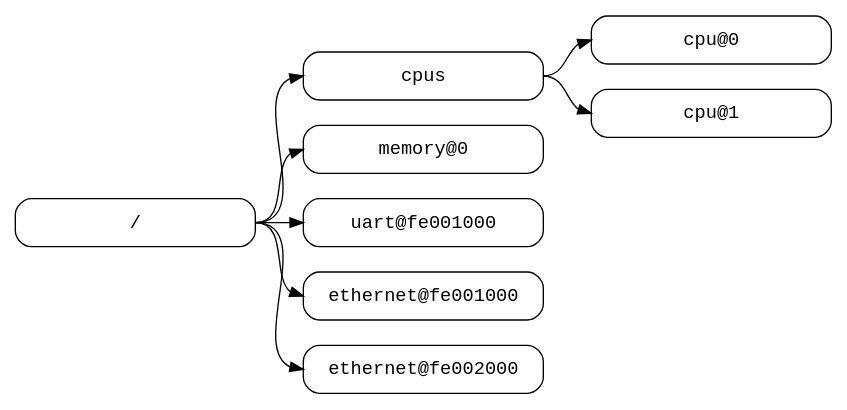
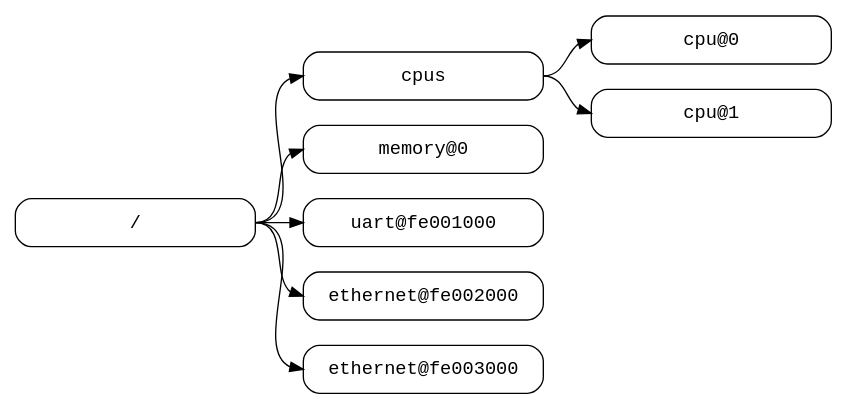
Before and after one commit to devicetree-org/devicetree-specification: the second of 3 diagrams in source/devicetree-basics.rst, drawn with Graphviz. The commit also changed other lines of this file and 1 other file, not shown here.

Commit message:
Typo fixes reported by Leonid Kegulskiy
Leo reported a few minor typos and two example devices using the same
base address, which is confusing. Fix it up.

```diff
--- a/source/devicetree-basics.rst
+++ b/source/devicetree-basics.rst
@@ -151,14 +151,14 @@
 .. digraph:: tree
    :caption: Examples of Node Names
 
    rankdir = LR;
    ranksep = equally;
    node [ shape="Mrecord"; width="2.5"; fontname = Courier; ];
 
    "/":e    -> "cpus":w
    "cpus":e -> "cpu@0":w
    "cpus":e -> "cpu@1":w
    "/":e    -> "memory@0":w
    "/":e    -> "uart@fe001000":w
-   "/":e    -> "ethernet@fe001000":w
    "/":e    -> "ethernet@fe002000":w
+   "/":e    -> "ethernet@fe003000":w
```
